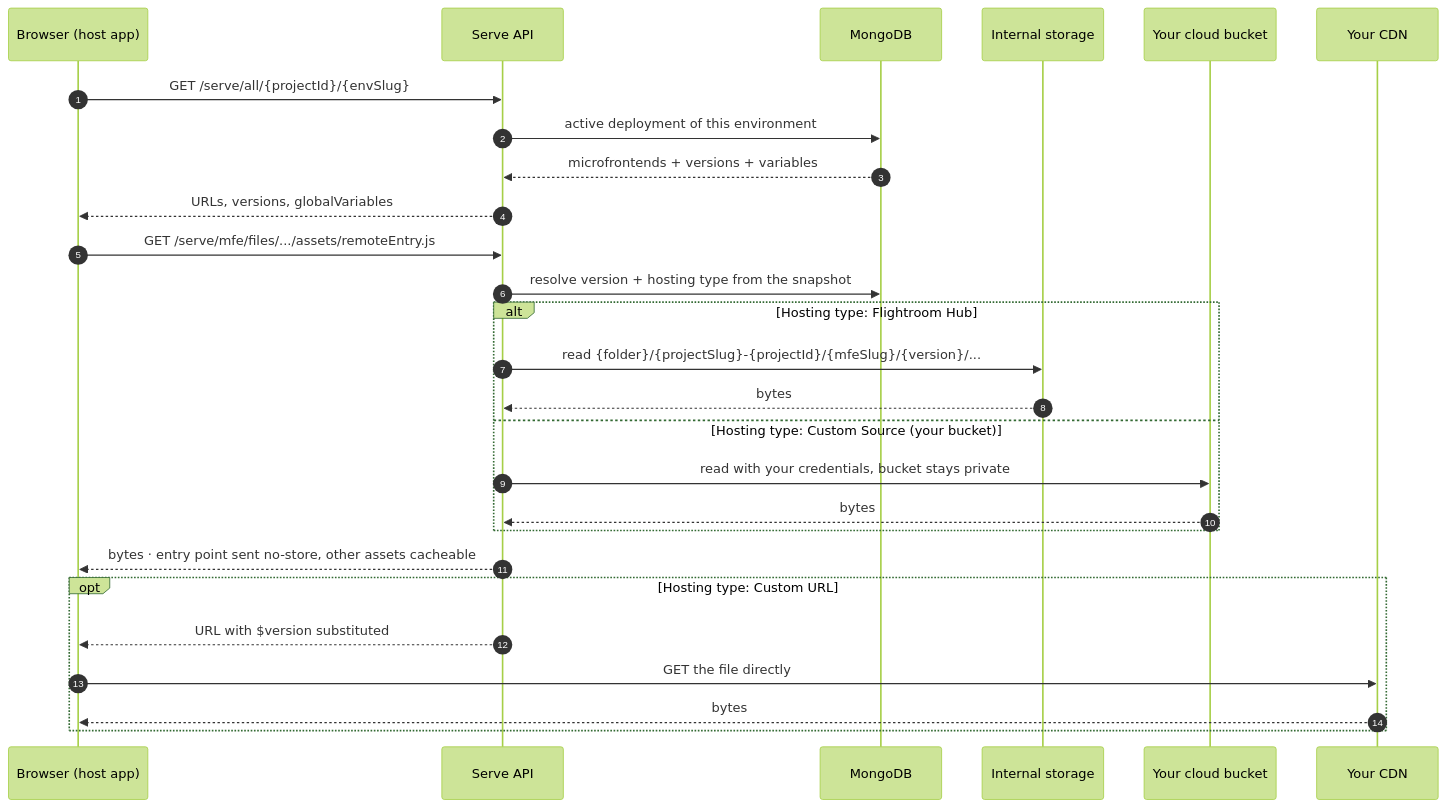
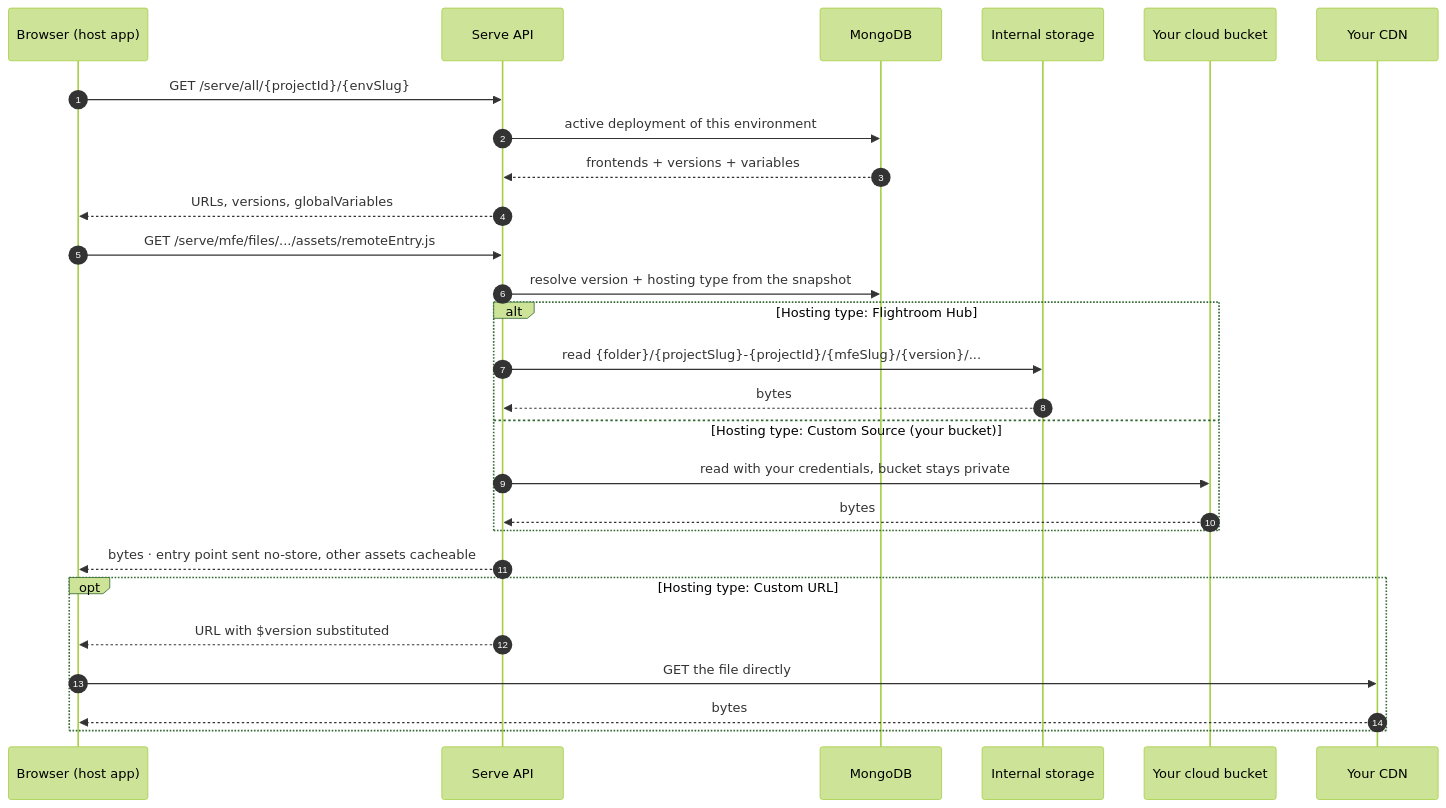
One commit to flightroom/documentation changed the fourth of 5 diagrams in docs/architecture.md. Above: the diagram before and after it, drawn with Mermaid (forest theme). The commit also changed other lines of this file and 85 other files, not shown here.

````diff
--- a/docs/architecture.md
+++ b/docs/architecture.md
@@ -241,34 +241,34 @@
 ```mermaid
 sequenceDiagram
     autonumber
     participant B as Browser (host app)
     participant S as Serve API
     participant DB as MongoDB
     participant F as Internal storage
     participant C as Your cloud bucket
     participant X as Your CDN
 
     B->>S: GET /serve/all/{projectId}/{envSlug}
     S->>DB: active deployment of this environment
-    DB-->>S: microfrontends + versions + variables
+    DB-->>S: frontends + versions + variables
     S-->>B: URLs, versions, globalVariables
 
     B->>S: GET /serve/mfe/files/.../assets/remoteEntry.js
     S->>DB: resolve version + hosting type from the snapshot
 
     alt Hosting type: Flightroom Hub
         S->>F: read {folder}/{projectSlug}-{projectId}/{mfeSlug}/{version}/...
         F-->>S: bytes
     else Hosting type: Custom Source (your bucket)
         S->>C: read with your credentials, bucket stays private
         C-->>S: bytes
     end
 
     S-->>B: bytes · entry point sent no-store, other assets cacheable
 
     opt Hosting type: Custom URL
         S-->>B: URL with $version substituted
         B->>X: GET the file directly
         X-->>B: bytes
     end
 ```
````
